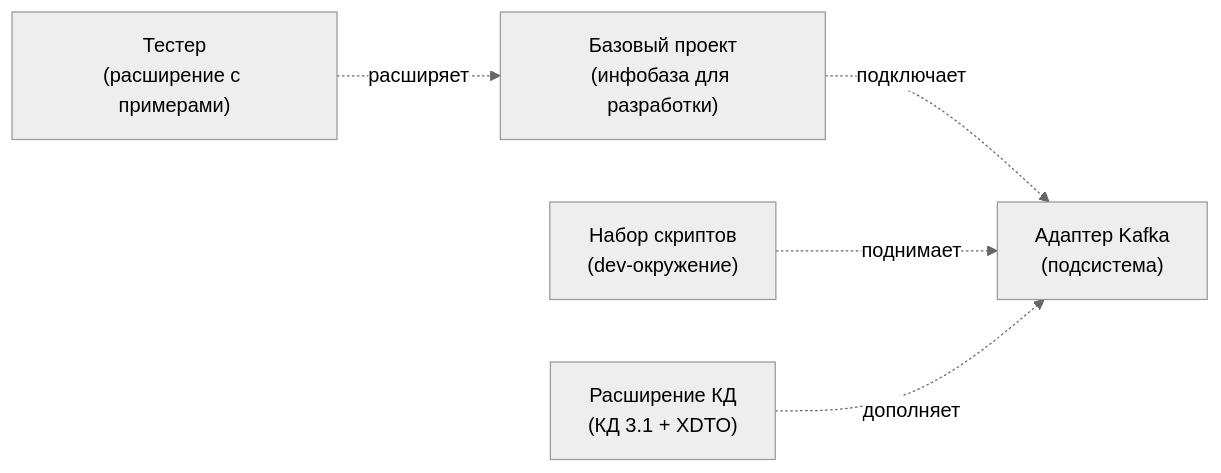
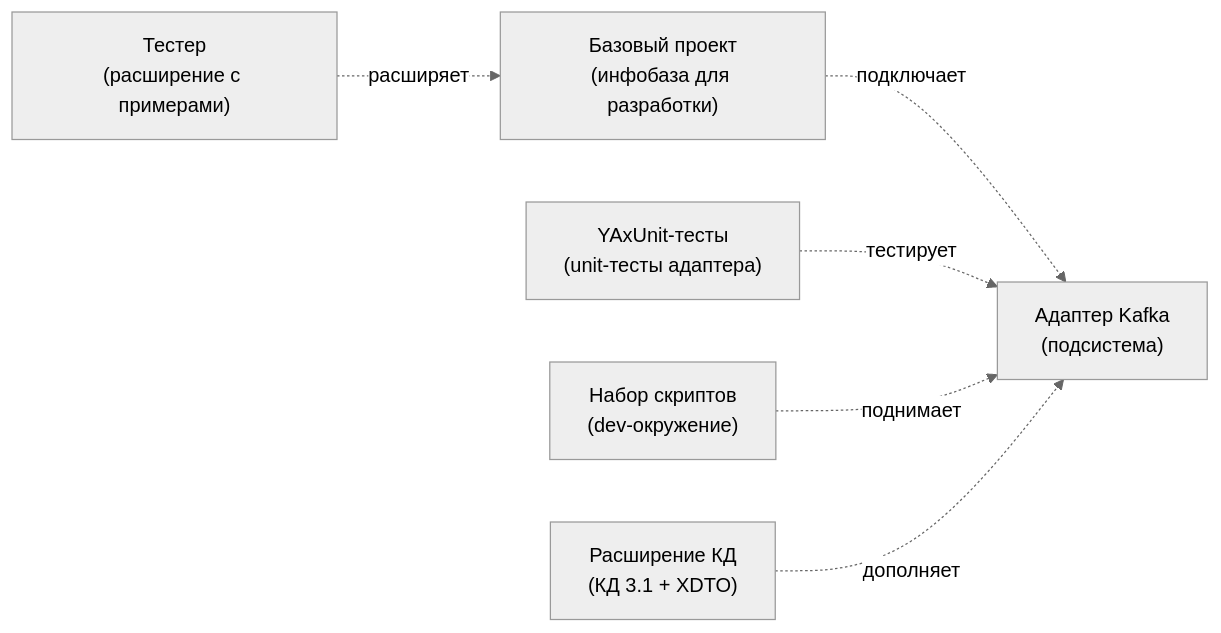
One commit to ShadobaAI/kafka-adapter changed the diagram in docs/project/repositories.md. Above: the diagram before and after it, drawn with Mermaid (neutral theme). The commit also changed other lines of this file, not shown here.

Commit message:
добавил ссылку на YAxUnit

````diff
--- a/docs/project/repositories.md
+++ b/docs/project/repositories.md
@@ -15,13 +16,15 @@
 ```mermaid
 flowchart LR
     ADAPTER["Адаптер Kafka<br/>(подсистема)"]
     BASE["Базовый проект<br/>(инфобаза для разработки)"]
     TESTER["Тестер<br/>(расширение с примерами)"]
+    YAXUNIT["YAxUnit-тесты<br/>(unit-тесты адаптера)"]
     TOOLS["Набор скриптов<br/>(dev-окружение)"]
     CONV["Расширение КД<br/>(КД 3.1 + XDTO)"]
 
     BASE -.подключает.-> ADAPTER
     TESTER -.расширяет.-> BASE
+    YAXUNIT -.тестирует.-> ADAPTER
     TOOLS -.поднимает.-> ADAPTER
     CONV -.дополняет.-> ADAPTER
 ```
````
